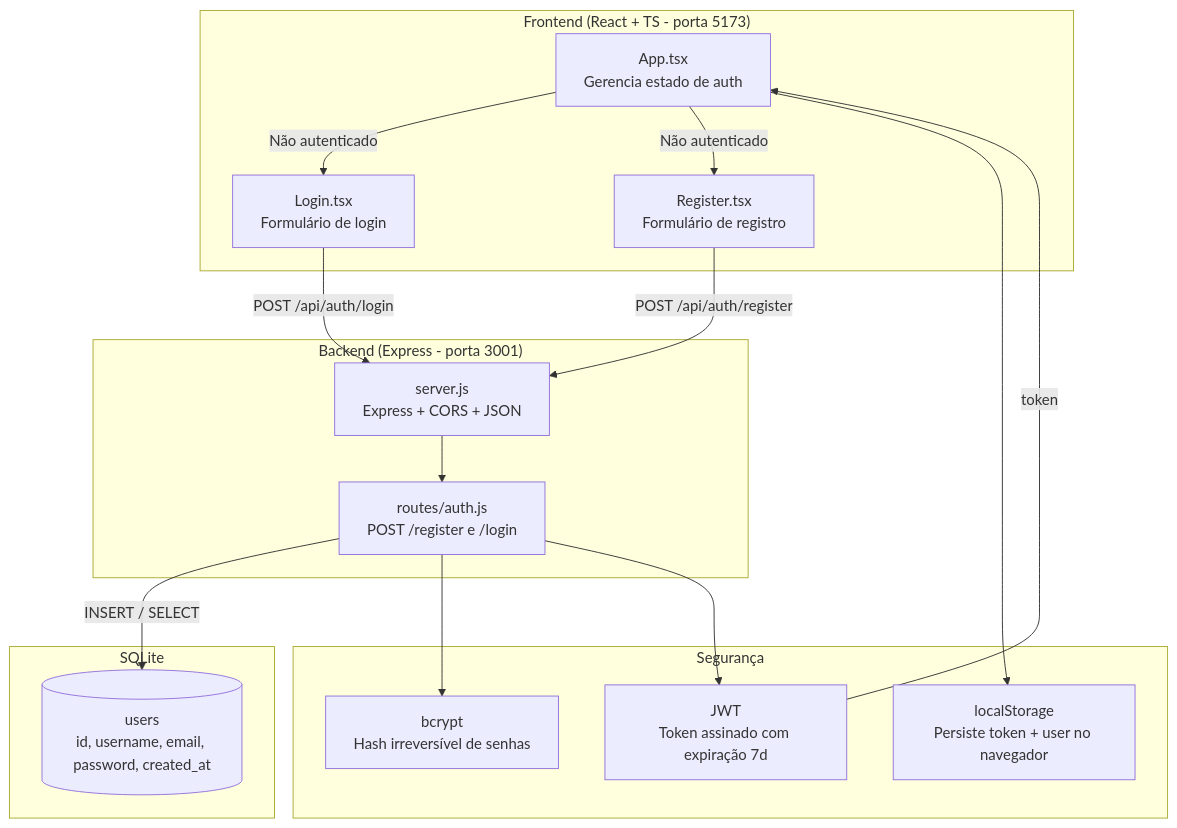
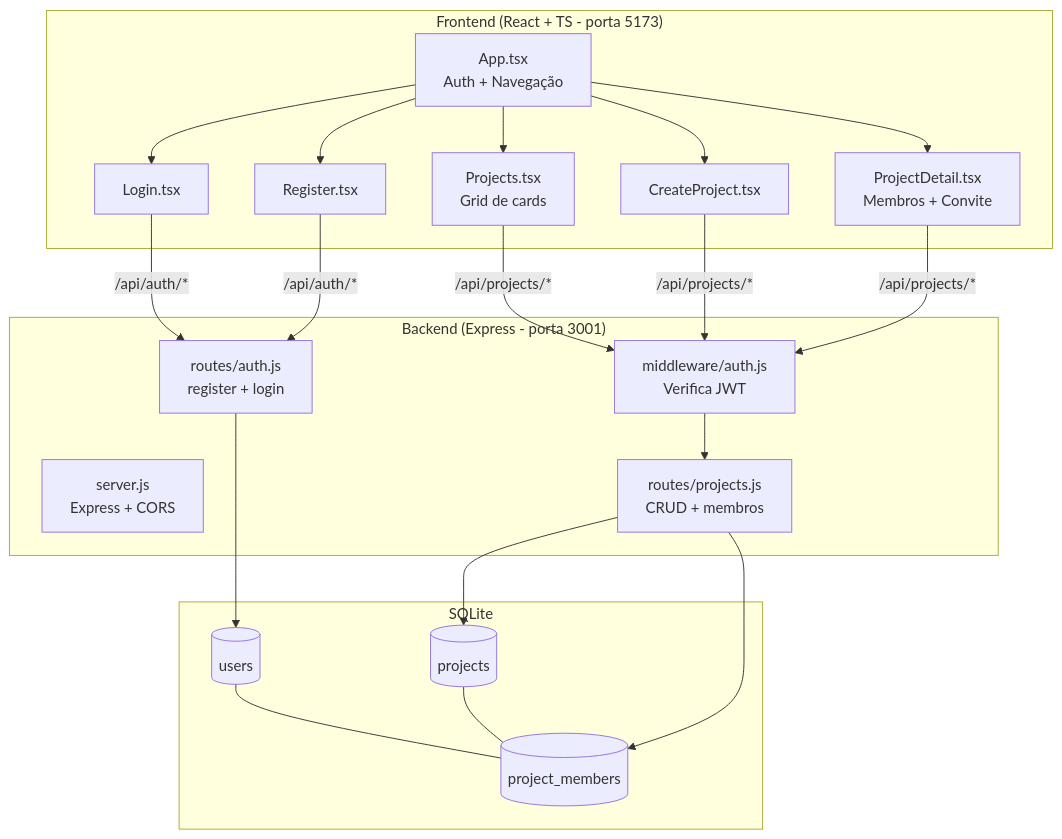
The first of 2 diagrams in CLAUDE.md (Lucas139Miller/Sprint-Planner), drawn with Mermaid before and after one commit. The commit also changed other lines of this file and 1 other file, not shown here.

Commit message:
Atualiza CLAUDE.md com endpoints, estrutura e diagrama da US2
Adiciona 4 novos endpoints na tabela (projects + members).
Atualiza árvore de diretórios com middleware, routes e páginas.
Atualiza diagrama de arquitetura Mermaid com novas camadas.
Marca US2 como concluída no roadmap.

````diff
--- a/CLAUDE.md
+++ b/CLAUDE.md
@@ -90,34 +102,33 @@
 ```mermaid
 graph TB
     subgraph Frontend["Frontend (React + TS - porta 5173)"]
-        App[App.tsx<br/>Gerencia estado de auth]
-        Login[Login.tsx<br/>Formulário de login]
-        Register[Register.tsx<br/>Formulário de registro]
+        App[App.tsx<br/>Auth + Navegação]
+        Login[Login.tsx]
+        Register[Register.tsx]
+        Projects[Projects.tsx<br/>Grid de cards]
+        CreateProj[CreateProject.tsx]
+        ProjDetail[ProjectDetail.tsx<br/>Membros + Convite]
     end
 
     subgraph Backend["Backend (Express - porta 3001)"]
-        Server[server.js<br/>Express + CORS + JSON]
-        AuthRoutes[routes/auth.js<br/>POST /register e /login]
+        Server[server.js<br/>Express + CORS]
+        AuthMW[middleware/auth.js<br/>Verifica JWT]
+        AuthRoutes[routes/auth.js<br/>register + login]
+        ProjRoutes[routes/projects.js<br/>CRUD + membros]
     end
 
     subgraph Database["SQLite"]
-        Users[(users<br/>id, username, email, password, created_at)]
+        Users[(users)]
+        ProjectsDB[(projects)]
+        Members[(project_members)]
     end
 
-    subgraph Auth["Segurança"]
-        Bcrypt[bcrypt<br/>Hash irreversível de senhas]
-        JWT[JWT<br/>Token assinado com expiração 7d]
-        Storage[localStorage<br/>Persiste token + user no navegador]
-    end
-
-    App -->|Não autenticado| Login
-    App -->|Não autenticado| Register
-    Login -->|POST /api/auth/login| Server
-    Register -->|POST /api/auth/register| Server
-    Server --> AuthRoutes
-    AuthRoutes -->|INSERT / SELECT| Users
-    AuthRoutes --> Bcrypt
-    AuthRoutes --> JWT
-    JWT -->|token| App
-    App --> Storage
+    App --> Login & Register & Projects & CreateProj & ProjDetail
+    Login & Register -->|"/api/auth/*"| AuthRoutes
+    Projects & CreateProj & ProjDetail -->|"/api/projects/*"| AuthMW
+    AuthMW --> ProjRoutes
+    AuthRoutes --> Users
+    ProjRoutes --> ProjectsDB & Members
+    Users --- Members
+    ProjectsDB --- Members
 ```
````
